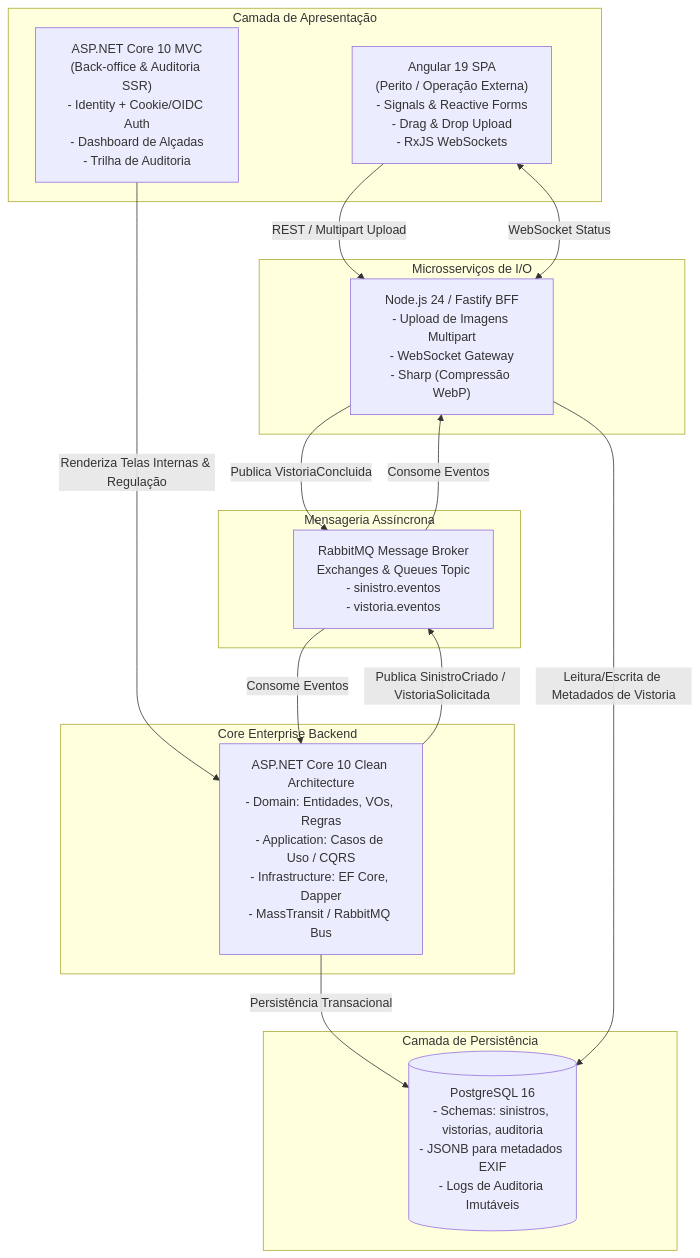
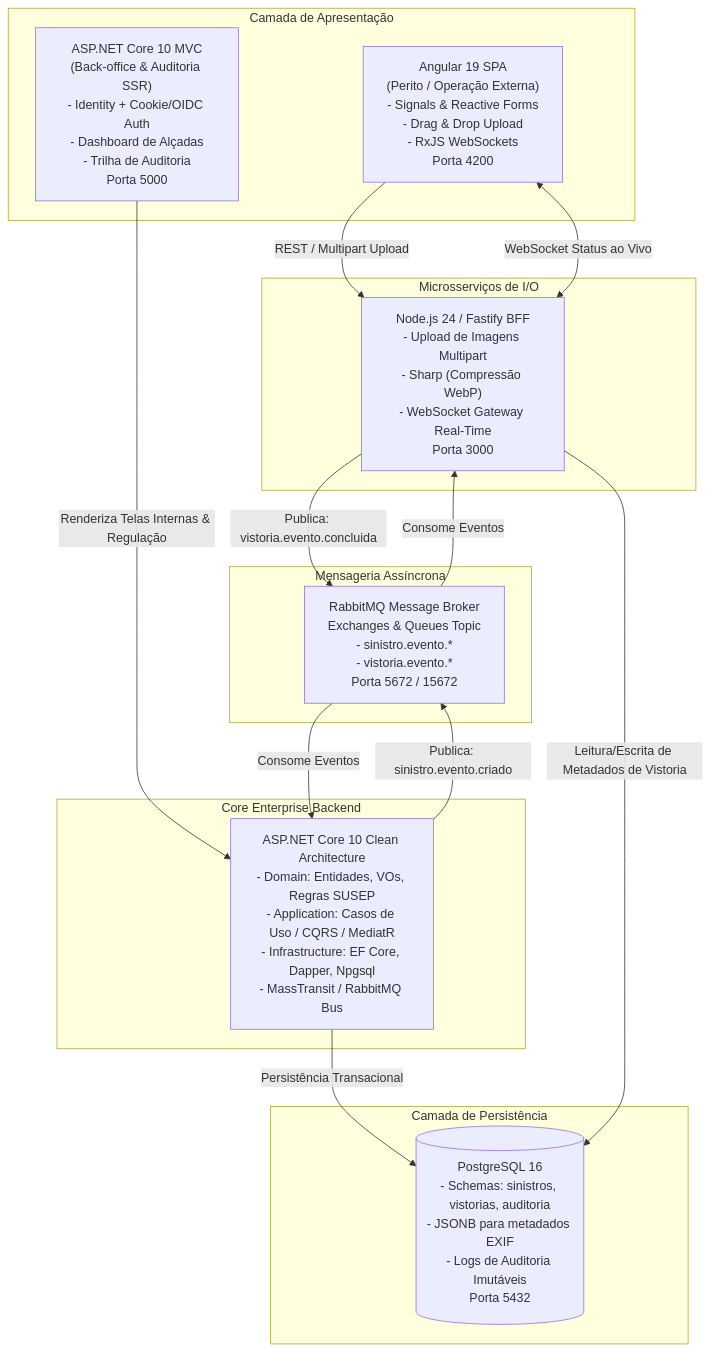
Before and after one commit to LuizhBrandao/GestaoSinistrosVistorias: the diagram in README.md, drawn with Mermaid. The commit also changed other lines of this file and 2 other files, not shown here.

Commit message:
feat(portfolio): finalize Marco 06 with unified docker-compose, .NET 10 Dockerfile and executive interview storytelling README

````diff
--- a/README.md
+++ b/README.md
@@ -30,35 +26,35 @@
 ```mermaid
 graph TB
     subgraph Frontend [Camada de Apresentação]
-        AngularApp["Angular 19 SPA\n(Perito / Operação Externa)\n- Signals & Reactive Forms\n- Drag & Drop Upload\n- RxJS WebSockets"]
-        DotNetMVC["ASP.NET Core 10 MVC\n(Back-office & Auditoria SSR)\n- Identity + Cookie/OIDC Auth\n- Dashboard de Alçadas\n- Trilha de Auditoria"]
+        AngularApp["Angular 19 SPA\n(Perito / Operação Externa)\n- Signals & Reactive Forms\n- Drag & Drop Upload\n- RxJS WebSockets\nPorta 4200"]
+        DotNetMVC["ASP.NET Core 10 MVC\n(Back-office & Auditoria SSR)\n- Identity + Cookie/OIDC Auth\n- Dashboard de Alçadas\n- Trilha de Auditoria\nPorta 5000"]
     end
 
     subgraph BFF_Workers [Microsserviços de I/O]
-        NodeBFF["Node.js 24 / Fastify BFF\n- Upload de Imagens Multipart\n- WebSocket Gateway\n- Sharp (Compressão WebP)"]
+        NodeBFF["Node.js 24 / Fastify BFF\n- Upload de Imagens Multipart\n- Sharp (Compressão WebP)\n- WebSocket Gateway Real-Time\nPorta 3000"]
     end
 
     subgraph Messaging [Mensageria Assíncrona]
-        RabbitMQ["RabbitMQ Message Broker\nExchanges & Queues Topic\n- sinistro.eventos\n- vistoria.eventos"]
+        RabbitMQ["RabbitMQ Message Broker\nExchanges & Queues Topic\n- sinistro.evento.*\n- vistoria.evento.*\nPorta 5672 / 15672"]
     end
 
     subgraph CoreBackend [Core Enterprise Backend]
-        DotNetCore["ASP.NET Core 10 Clean Architecture\n- Domain: Entidades, VOs, Regras\n- Application: Casos de Uso / CQRS\n- Infrastructure: EF Core, Dapper\n- MassTransit / RabbitMQ Bus"]
+        DotNetCore["ASP.NET Core 10 Clean Architecture\n- Domain: Entidades, VOs, Regras SUSEP\n- Application: Casos de Uso / CQRS / MediatR\n- Infrastructure: EF Core, Dapper, Npgsql\n- MassTransit / RabbitMQ Bus"]
     end
 
     subgraph Database [Camada de Persistência]
-        PostgresDB[(PostgreSQL 16\n- Schemas: sinistros, vistorias, auditoria\n- JSONB para metadados EXIF\n- Logs de Auditoria Imutáveis)]
+        PostgresDB[(PostgreSQL 16\n- Schemas: sinistros, vistorias, auditoria\n- JSONB para metadados EXIF\n- Logs de Auditoria Imutáveis\nPorta 5432)]
     end
 
     AngularApp -->|REST / Multipart Upload| NodeBFF
-    AngularApp <-->|WebSocket Status| NodeBFF
-    NodeBFF -->|Publica VistoriaConcluida| RabbitMQ
+    AngularApp <-->|WebSocket Status ao Vivo| NodeBFF
+    NodeBFF -->|Publica: vistoria.evento.concluida| RabbitMQ
     
     DotNetMVC -->|Renderiza Telas Internas & Regulação| DotNetCore
-    DotNetCore -->|Publica SinistroCriado / VistoriaSolicitada| RabbitMQ
+    DotNetCore -->|Publica: sinistro.evento.criado| RabbitMQ
     RabbitMQ -->|Consome Eventos| DotNetCore
     RabbitMQ -->|Consome Eventos| NodeBFF
     
     DotNetCore -->|Persistência Transacional| PostgresDB
     NodeBFF -->|Leitura/Escrita de Metadados de Vistoria| PostgresDB
 ```
````
